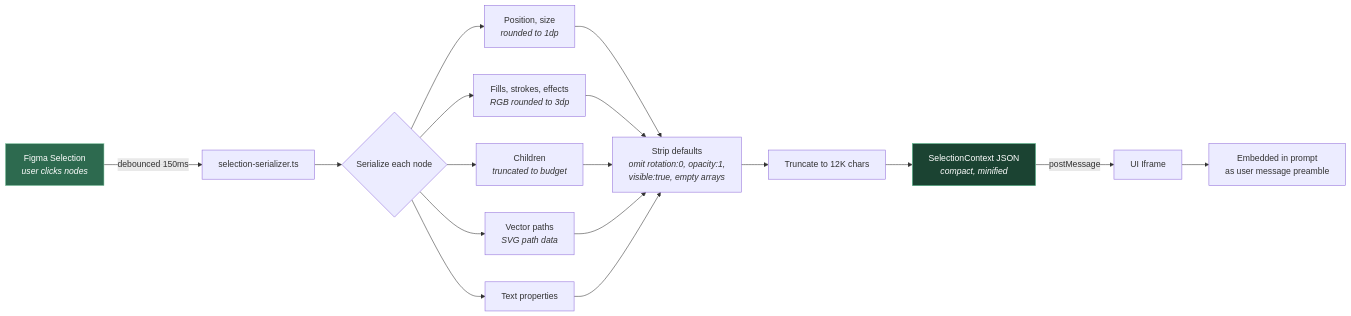
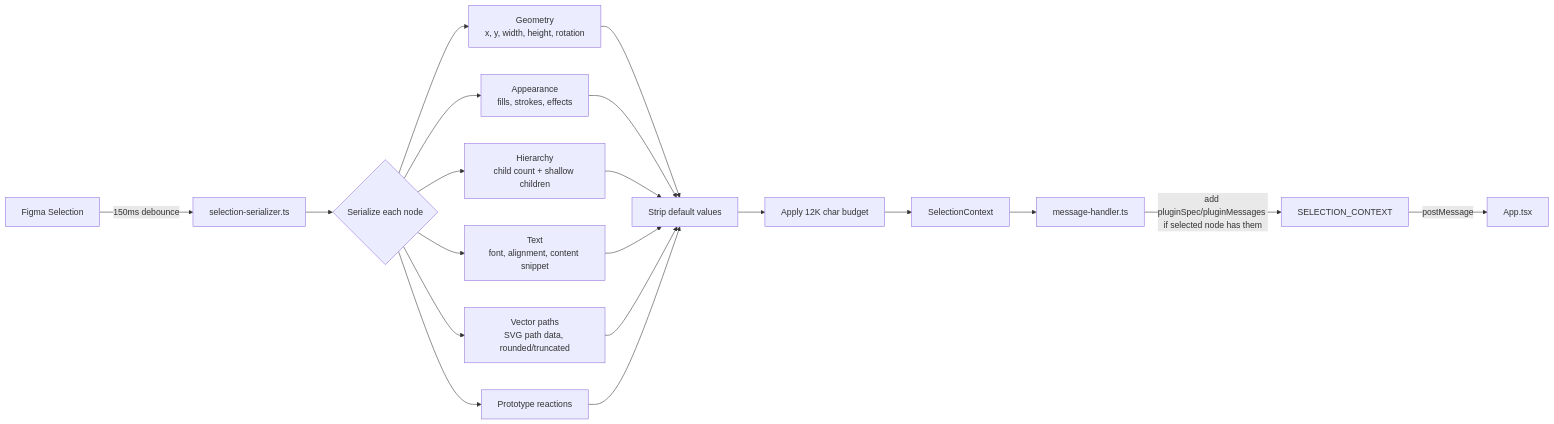
Before and after one commit to jjcall/Switches: the fourth of 6 diagrams in ARCHITECTURE.md, drawn with Mermaid. The commit also changed other lines of this file and 1 other file, not shown here.

````diff
--- a/ARCHITECTURE.md
+++ b/ARCHITECTURE.md
@@ -156,21 +171,17 @@
 ```mermaid
 flowchart LR
-    A["Figma Selection<br/><i>user clicks nodes</i>"] -->|debounced 150ms| B["selection-serializer.ts"]
-
+    A["Figma Selection"] -->|150ms debounce| B["selection-serializer.ts"]
     B --> C{"Serialize each node"}
-    C --> D["Position, size<br/><i>rounded to 1dp</i>"]
-    C --> E["Fills, strokes, effects<br/><i>RGB rounded to 3dp</i>"]
-    C --> F["Children<br/><i>truncated to budget</i>"]
-    C --> G["Vector paths<br/><i>SVG path data</i>"]
-    C --> H["Text properties"]
-
-    D & E & F & G & H --> I["Strip defaults<br/><i>omit rotation:0, opacity:1,<br/>visible:true, empty arrays</i>"]
-
-    I --> J["Truncate to 12K chars"]
-    J --> K["SelectionContext JSON<br/><i>compact, minified</i>"]
-    K -->|postMessage| L["UI Iframe"]
-    L --> M["Embedded in prompt<br/>as user message preamble"]
-
-    style A fill:#2d6a4f,stroke:#95d5b2,color:#fff
-    style K fill:#1b4332,stroke:#52b788,color:#fff
+    C --> D["Geometry<br/>x, y, width, height, rotation"]
+    C --> E["Appearance<br/>fills, strokes, effects"]
+    C --> F["Hierarchy<br/>child count + shallow children"]
+    C --> G["Text<br/>font, alignment, content snippet"]
+    C --> H["Vector paths<br/>SVG path data, rounded/truncated"]
+    C --> I["Prototype reactions"]
+    D & E & F & G & H & I --> J["Strip default values"]
+    J --> K["Apply 12K char budget"]
+    K --> L["SelectionContext"]
+    L --> M["message-handler.ts"]
+    M -->|add pluginSpec/pluginMessages if selected node has them| N["SELECTION_CONTEXT"]
+    N -->|postMessage| O["App.tsx"]
 ```
````
